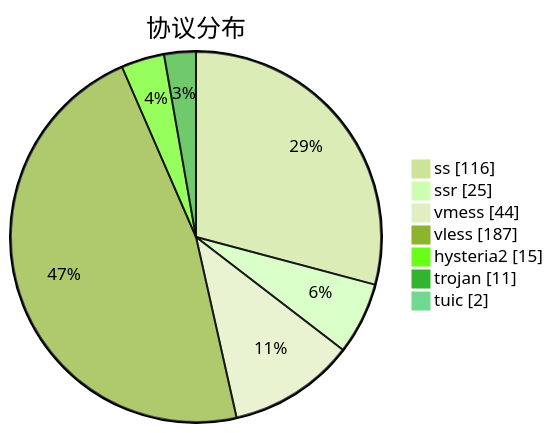
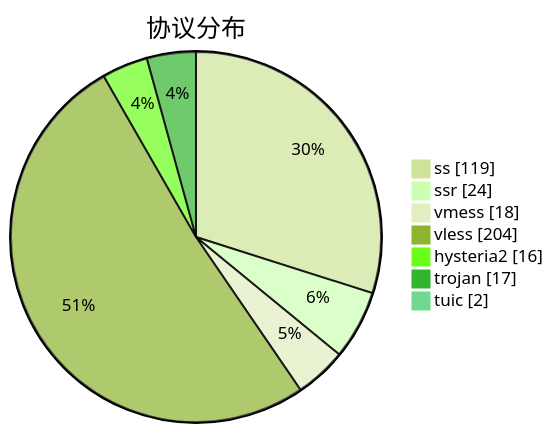
One commit to qjlxg/airport changed the third of 3 diagrams in subs/statistics/tested_within.md. Above: the diagram before and after it, drawn with Mermaid (forest theme). The commit also changed other lines of this file and 2 other files, not shown here.

````diff
--- a/subs/statistics/tested_within.md
+++ b/subs/statistics/tested_within.md
@@ -35,11 +34,11 @@
 ```mermaid
 pie showData
 title 协议分布
-"ss" : 116
-"ssr" : 25
-"vmess" : 44
-"vless" : 187
-"hysteria2" : 15
-"trojan" : 11
+"ss" : 119
+"ssr" : 24
+"vmess" : 18
+"vless" : 204
+"hysteria2" : 16
+"trojan" : 17
 "tuic" : 2
 ```
````
